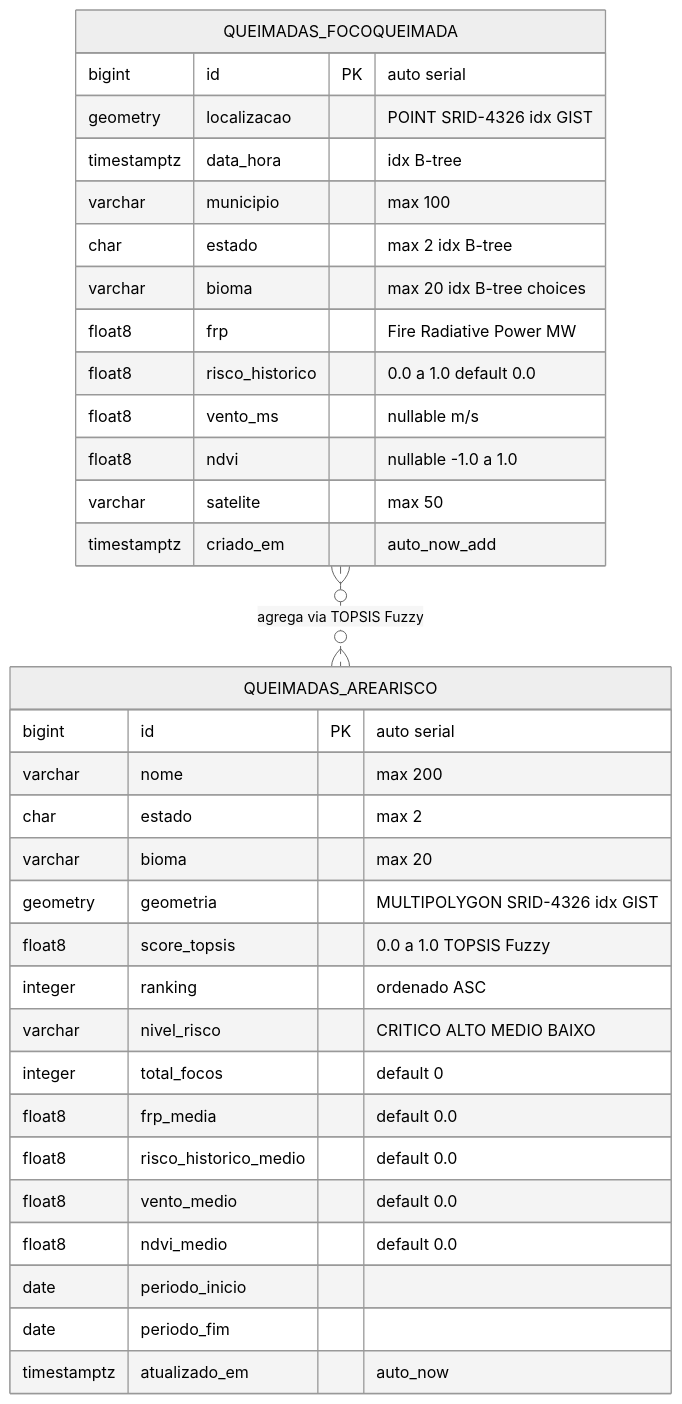
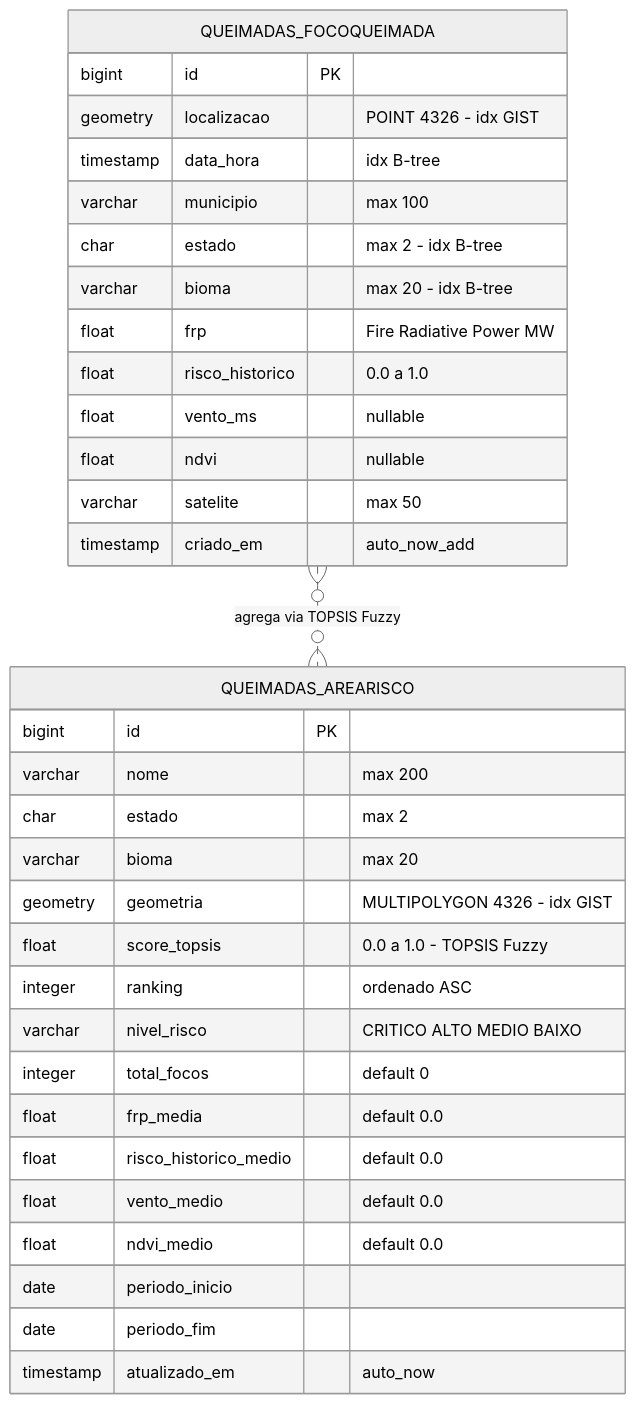
Before and after one commit to rogeriocerqueira/ignisGeo: the second of 3 diagrams in README.md, drawn with Mermaid (neutral theme).

````diff
--- a/README.md
+++ b/README.md
@@ -203,38 +203,38 @@
 ```mermaid
 erDiagram
     QUEIMADAS_FOCOQUEIMADA {
-        bigint      id               PK  "auto serial"
-        geometry    localizacao          "POINT SRID-4326 idx GIST"
-        timestamptz data_hora            "idx B-tree"
-        varchar     municipio            "max 100"
-        char        estado               "max 2 idx B-tree"
-        varchar     bioma                "max 20 idx B-tree choices"
-        float8      frp                  "Fire Radiative Power MW"
-        float8      risco_historico      "0.0 a 1.0 default 0.0"
-        float8      vento_ms             "nullable m/s"
-        float8      ndvi                 "nullable -1.0 a 1.0"
-        varchar     satelite             "max 50"
-        timestamptz criado_em            "auto_now_add"
+        bigint   id             PK
+        geometry localizacao       "POINT 4326 - idx GIST"
+        timestamp data_hora        "idx B-tree"
+        varchar  municipio         "max 100"
+        char     estado            "max 2 - idx B-tree"
+        varchar  bioma             "max 20 - idx B-tree"
+        float    frp               "Fire Radiative Power MW"
+        float    risco_historico   "0.0 a 1.0"
+        float    vento_ms          "nullable"
+        float    ndvi              "nullable"
+        varchar  satelite          "max 50"
+        timestamp criado_em        "auto_now_add"
     }
 
     QUEIMADAS_AREARISCO {
-        bigint      id                    PK  "auto serial"
-        varchar     nome                      "max 200"
-        char        estado                    "max 2"
-        varchar     bioma                     "max 20"
-        geometry    geometria                 "MULTIPOLYGON SRID-4326 idx GIST"
-        float8      score_topsis              "0.0 a 1.0 TOPSIS Fuzzy"
-        integer     ranking                   "ordenado ASC"
-        varchar     nivel_risco               "CRITICO ALTO MEDIO BAIXO"
-        integer     total_focos               "default 0"
-        float8      frp_media                 "default 0.0"
-        float8      risco_historico_medio     "default 0.0"
-        float8      vento_medio               "default 0.0"
-        float8      ndvi_medio                "default 0.0"
-        date        periodo_inicio
-        date        periodo_fim
-        timestamptz atualizado_em             "auto_now"
+        bigint   id                   PK
+        varchar  nome                    "max 200"
+        char     estado                  "max 2"
+        varchar  bioma                   "max 20"
+        geometry geometria               "MULTIPOLYGON 4326 - idx GIST"
+        float    score_topsis            "0.0 a 1.0 - TOPSIS Fuzzy"
+        integer  ranking                 "ordenado ASC"
+        varchar  nivel_risco             "CRITICO ALTO MEDIO BAIXO"
+        integer  total_focos             "default 0"
+        float    frp_media               "default 0.0"
+        float    risco_historico_medio   "default 0.0"
+        float    vento_medio             "default 0.0"
+        float    ndvi_medio              "default 0.0"
+        date     periodo_inicio
+        date     periodo_fim
+        timestamp atualizado_em          "auto_now"
     }
 
     QUEIMADAS_FOCOQUEIMADA }o..o{ QUEIMADAS_AREARISCO : "agrega via TOPSIS Fuzzy"
 ```
````
